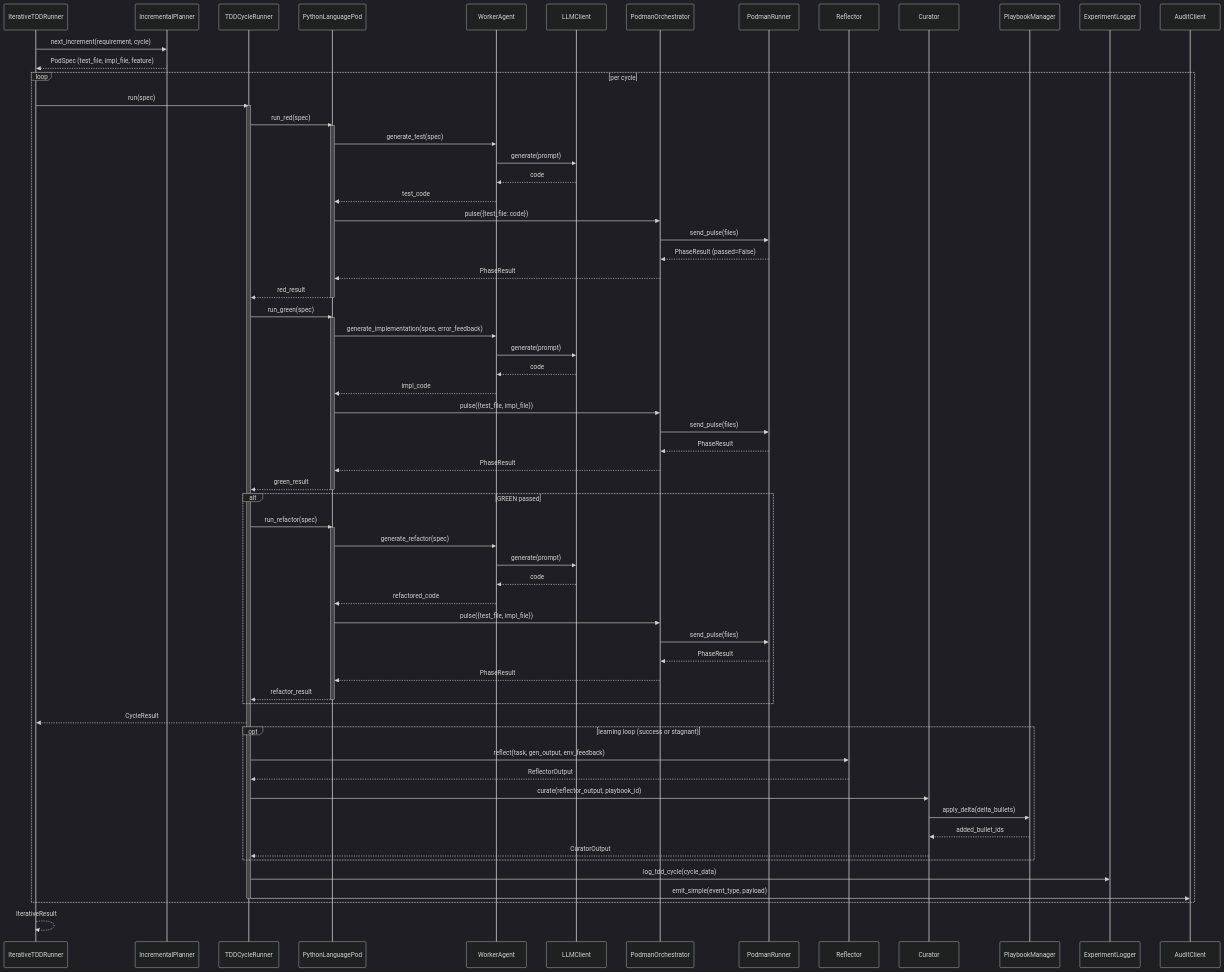
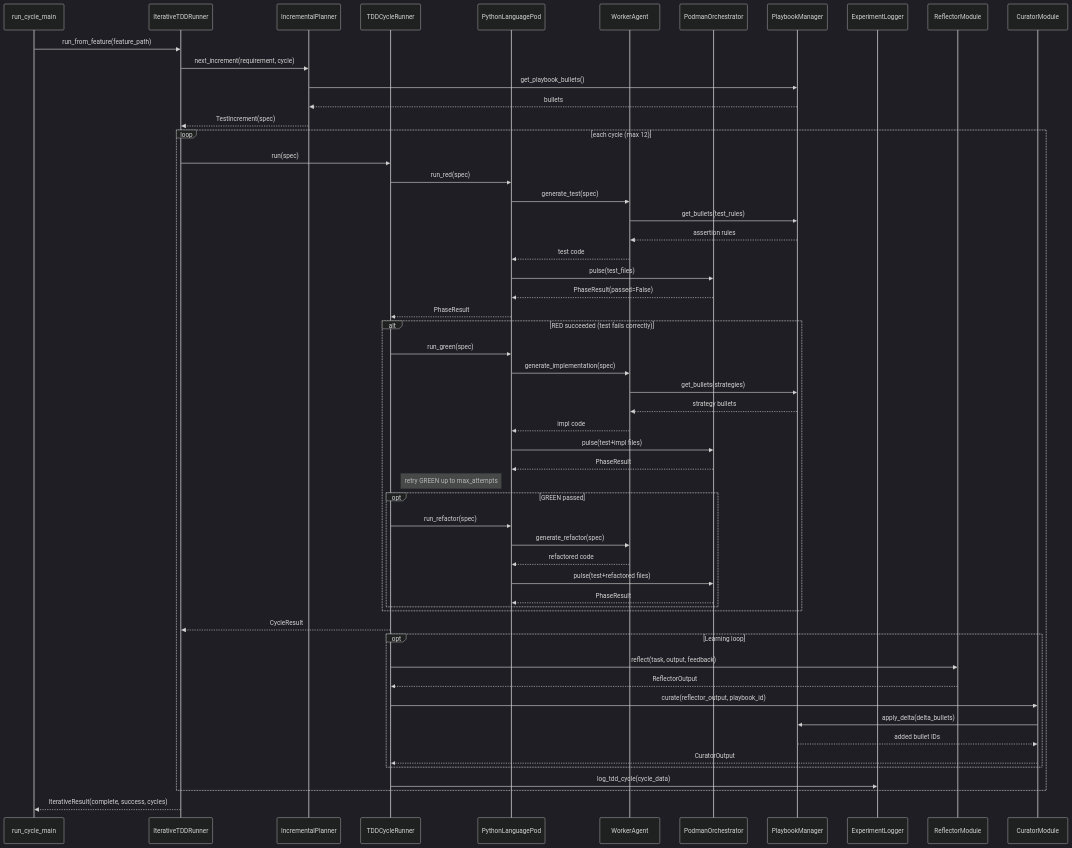
Before and after one commit to carlhuxley/ace_enterprise: the diagram in docs/SYSTEM_ARCHITECTURE.md, drawn with Mermaid (dark theme). The commit also changed other lines of this file and 6 other files, not shown here.

````diff
--- a/docs/SYSTEM_ARCHITECTURE.md
+++ b/docs/SYSTEM_ARCHITECTURE.md
@@ -110,82 +41,60 @@
 ```mermaid
 sequenceDiagram
-    participant Runner as IterativeTDDRunner
+    participant Main as run_cycle_main
+    participant ITR as IterativeTDDRunner
     participant Planner as IncrementalPlanner
-    participant Cycle as TDDCycleRunner
+    participant TCR as TDDCycleRunner
     participant Pod as PythonLanguagePod
     participant Worker as WorkerAgent
-    participant LLM as LLMClient
-    participant Orchestrator as PodmanOrchestrator
-    participant Container as PodmanRunner
-    participant Reflector as Reflector
-    participant Curator as Curator
-    participant Playbook as PlaybookManager
+    participant Orc as PodmanOrchestrator
+    participant PM as PlaybookManager
     participant Logger as ExperimentLogger
-    participant Audit as AuditClient
+    participant Reflector as ReflectorModule
+    participant Curator as CuratorModule
 
-    Runner->>Planner: next_increment(requirement, cycle)
-    Planner-->>Runner: PodSpec (test_file, impl_file, feature)
+    Main->>ITR: run_from_feature(feature_path)
+    ITR->>Planner: next_increment(requirement, cycle)
+    Planner->>PM: get_playbook_bullets()
+    PM-->>Planner: bullets
+    Planner-->>ITR: TestIncrement(spec)
 
-    loop per cycle
-        Runner->>Cycle: run(spec)
-        activate Cycle
-
-        Cycle->>Pod: run_red(spec)
-        activate Pod
+    loop each cycle (max 12)
+        ITR->>TCR: run(spec)
+        TCR->>Pod: run_red(spec)
         Pod->>Worker: generate_test(spec)
-        Worker->>LLM: generate(prompt)
-        LLM-->>Worker: code
-        Worker-->>Pod: test_code
-        Pod->>Orchestrator: pulse({test_file: code})
-        Orchestrator->>Container: send_pulse(files)
-        Container-->>Orchestrator: PhaseResult (passed=False)
-        Orchestrator-->>Pod: PhaseResult
-        Pod-->>Cycle: red_result
-        deactivate Pod
-
-        Cycle->>Pod: run_green(spec)
-        activate Pod
-        Pod->>Worker: generate_implementation(spec, error_feedback)
-        Worker->>LLM: generate(prompt)
-        LLM-->>Worker: code
-        Worker-->>Pod: impl_code
-        Pod->>Orchestrator: pulse({test_file, impl_file})
-        Orchestrator->>Container: send_pulse(files)
-        Container-->>Orchestrator: PhaseResult
-        Orchestrator-->>Pod: PhaseResult
-        Pod-->>Cycle: green_result
-        deactivate Pod
-
-        alt GREEN passed
-            Cycle->>Pod: run_refactor(spec)
-            activate Pod
-            Pod->>Worker: generate_refactor(spec)
-            Worker->>LLM: generate(prompt)
-            LLM-->>Worker: code
-            Worker-->>Pod: refactored_code
-            Pod->>Orchestrator: pulse({test_file, impl_file})
-            Orchestrator->>Container: send_pulse(files)
-            Container-->>Orchestrator: PhaseResult
-            Orchestrator-->>Pod: PhaseResult
-            Pod-->>Cycle: refactor_result
-            deactivate Pod
+        Worker->>PM: get_bullets(test_rules)
+        PM-->>Worker: assertion rules
+        Worker-->>Pod: test code
+        Pod->>Orc: pulse(test_files)
+        Orc-->>Pod: PhaseResult(passed=False)
+        Pod-->>TCR: PhaseResult
+        alt RED succeeded (test fails correctly)
+            TCR->>Pod: run_green(spec)
+            Pod->>Worker: generate_implementation(spec)
+            Worker->>PM: get_bullets(strategies)
+            PM-->>Worker: strategy bullets
+            Worker-->>Pod: impl code
+            Pod->>Orc: pulse(test+impl files)
+            Orc-->>Pod: PhaseResult
+            Note right of TCR: retry GREEN up to max_attempts
+            opt GREEN passed
+                TCR->>Pod: run_refactor(spec)
+                Pod->>Worker: generate_refactor(spec)
+                Worker-->>Pod: refactored code
+                Pod->>Orc: pulse(test+refactored files)
+                Orc-->>Pod: PhaseResult
+            end
         end
-
-        Cycle-->>Runner: CycleResult
-
-        opt learning loop (success or stagnant)
-            Cycle->>Reflector: reflect(task, gen_output, env_feedback)
-            Reflector-->>Cycle: ReflectorOutput
-            Cycle->>Curator: curate(reflector_output, playbook_id)
-            Curator->>Playbook: apply_delta(delta_bullets)
-            Playbook-->>Curator: added_bullet_ids
-            Curator-->>Cycle: CuratorOutput
+        TCR-->>ITR: CycleResult
+        opt Learning loop
+            TCR->>Reflector: reflect(task, output, feedback)
+            Reflector-->>TCR: ReflectorOutput
+            TCR->>Curator: curate(reflector_output, playbook_id)
+            Curator->>PM: apply_delta(delta_bullets)
+            PM-->>Curator: added bullet IDs
+            Curator-->>TCR: CuratorOutput
         end
-
-        Cycle->>Logger: log_tdd_cycle(cycle_data)
-        Cycle->>Audit: emit_simple(event_type, payload)
-        deactivate Cycle
+        TCR->>Logger: log_tdd_cycle(cycle_data)
     end
-
-    Runner-->>Runner: IterativeResult
+    ITR-->>Main: IterativeResult(complete, success, cycles)
 ```
````
